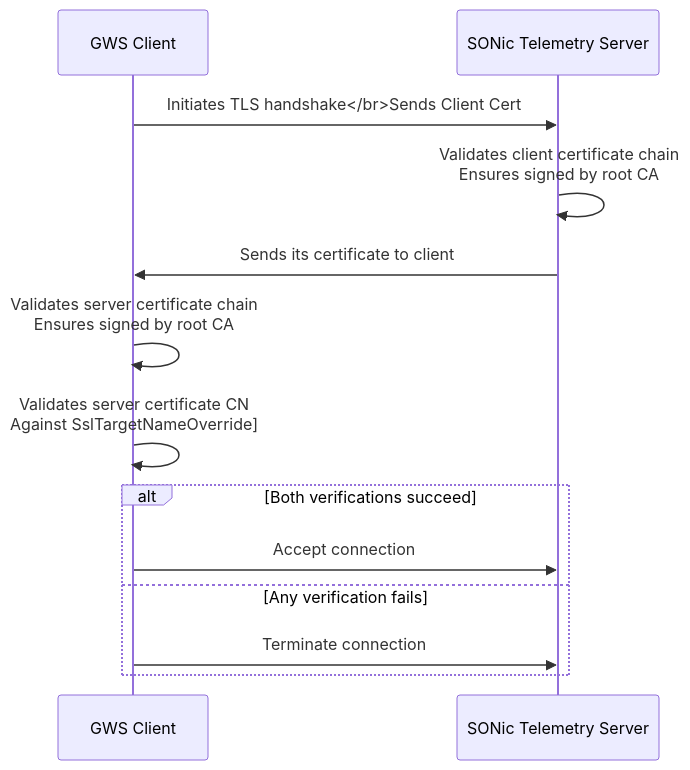
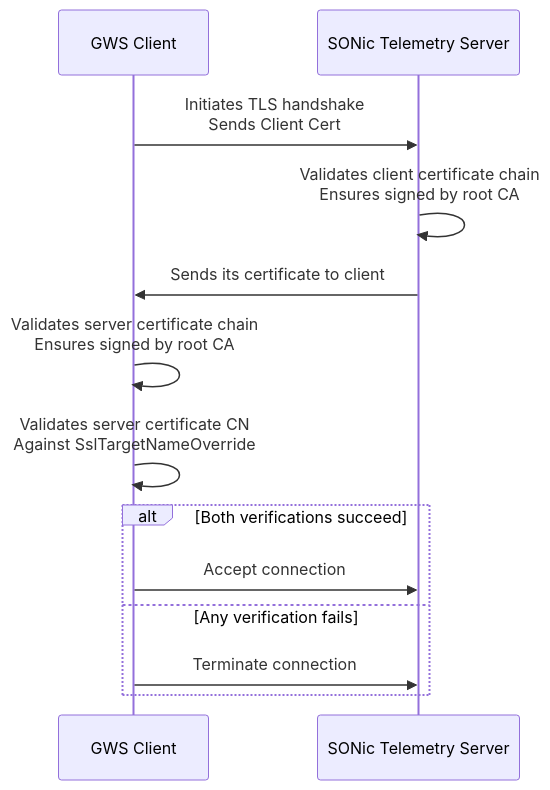
One commit to zbud-msft/mermaid changed the diagram in trial.md. Above: the diagram before and after it, drawn with Mermaid.

````diff
--- a/trial.md
+++ b/trial.md
@@ -1,17 +1,17 @@
 ```mermaid
 sequenceDiagram
     participant C as GWS Client
     participant S as SONic Telemetry Server
 
 
-    C->>S: Initiates TLS handshake</br>Sends Client Cert
+    C->>S: Initiates TLS handshake<br/>Sends Client Cert
     S->>S: Validates client certificate chain<br/>Ensures signed by root CA
     S->>C: Sends its certificate to client
     C->>C: Validates server certificate chain<br/>Ensures signed by root CA
-    C->>C: Validates server certificate CN<br/>Against SslTargetNameOverride]
+    C->>C: Validates server certificate CN<br/>Against SslTargetNameOverride
     alt Both verifications succeed
         C->>S: Accept connection
     else Any verification fails
         C->>S: Terminate connection
     end
 ```
````
